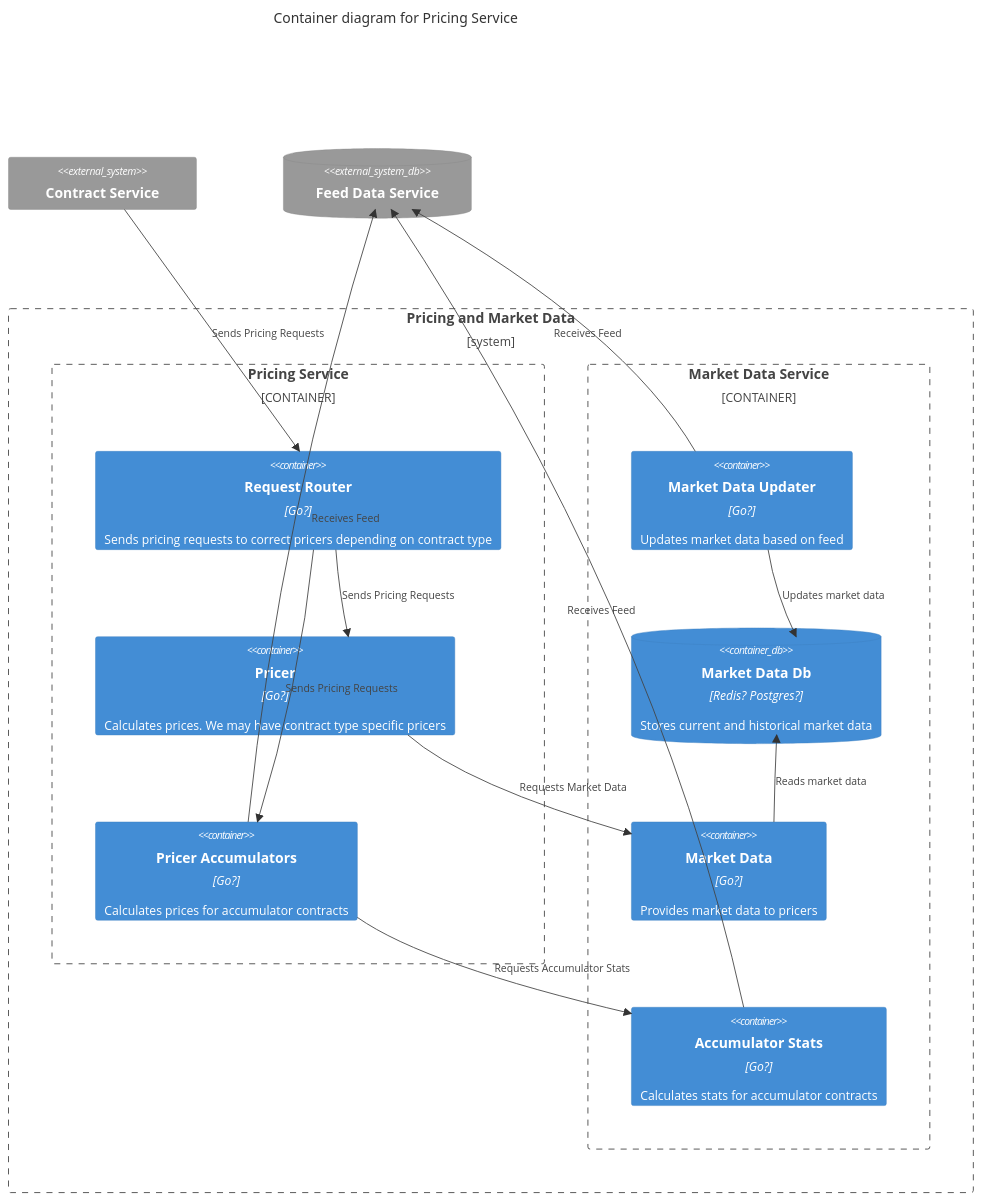
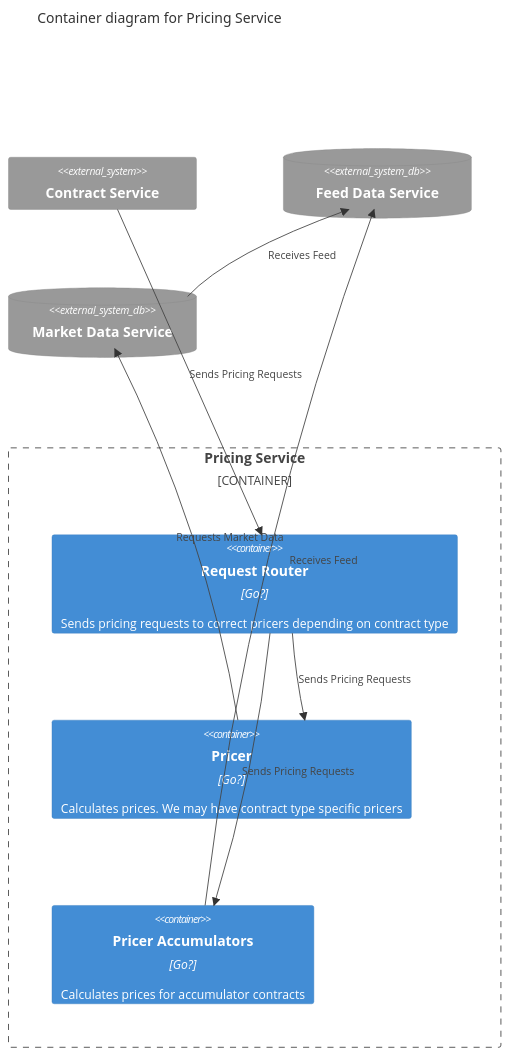
The second of 2 diagrams in docs/docs/api/index.md (bassamelobeid/flutter-deriv-api), drawn with Mermaid before and after one commit. The commit also changed other lines of this file and 3 other files, not shown here.

````diff
--- a/docs/docs/api/index.md
+++ b/docs/docs/api/index.md
@@ -47,29 +46,18 @@
 ```mermaid
 C4Container
   title Container diagram for Pricing Service
   System_Ext(ContractSvc, "Contract Service")
   SystemDb_Ext(FeedSvc, "Feed Data Service")
-  Boundary(bIn, "Pricing and Market Data") {
-    Container_Boundary(PriceSvc, "Pricing Service") {
-      Container(RouterC, "Request Router", "Go?", "Sends pricing requests to correct pricers depending on contract type")
-      Container(PricerC, "Pricer", "Go?", "Calculates prices. We may have contract type specific pricers")
-      Container(PricerAccu, "Pricer Accumulators", "Go?", "Calculates prices for accumulator contracts")
-    }
-    Container_Boundary(MarketDataSvc, "Market Data Service") {
-      Container(MarketDataUpdC, "Market Data Updater", "Go?", "Updates market data based on feed")
-      ContainerDb(MarketDataDb, "Market Data Db", "Redis? Postgres?", "Stores current and historical market data")
-      Container(MarketDataC, "Market Data", "Go?", "Provides market data to pricers")
-      Container(AccumulatorStatsC, "Accumulator Stats", "Go?", "Calculates stats for accumulator contracts")
-    }
+  SystemDb_Ext(MarketDataSvc, "Market Data Service")
+  Container_Boundary(PriceSvc, "Pricing Service") {
+    Container(RouterC, "Request Router", "Go?", "Sends pricing requests to correct pricers depending on contract type")
+    Container(PricerC, "Pricer", "Go?", "Calculates prices. We may have contract type specific pricers")
+    Container(PricerAccu, "Pricer Accumulators", "Go?", "Calculates prices for accumulator contracts")
   }
   Rel(ContractSvc, RouterC, "Sends Pricing Requests")
   Rel(RouterC, PricerC, "Sends Pricing Requests")
   Rel(RouterC, PricerAccu, "Sends Pricing Requests")
-  Rel(PricerAccu, AccumulatorStatsC, "Requests Accumulator Stats")
   Rel(PricerAccu, FeedSvc, "Receives Feed")
-  Rel(MarketDataUpdC, FeedSvc, "Receives Feed")
-  Rel(MarketDataUpdC, MarketDataDb, "Updates market data")
-  Rel(MarketDataC, MarketDataDb, "Reads market data")
-  Rel(PricerC, MarketDataC, "Requests Market Data")
-  Rel(AccumulatorStatsC, FeedSvc, "Receives Feed")
+  Rel(MarketDataSvc, FeedSvc, "Receives Feed")
+  Rel(PricerC, MarketDataSvc, "Requests Market Data")
 ```
````
